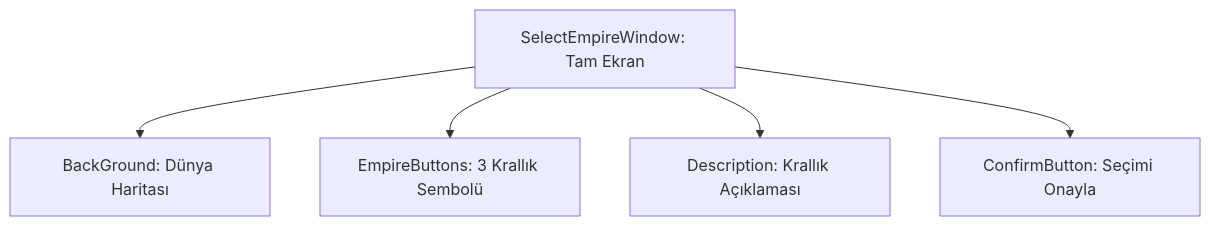
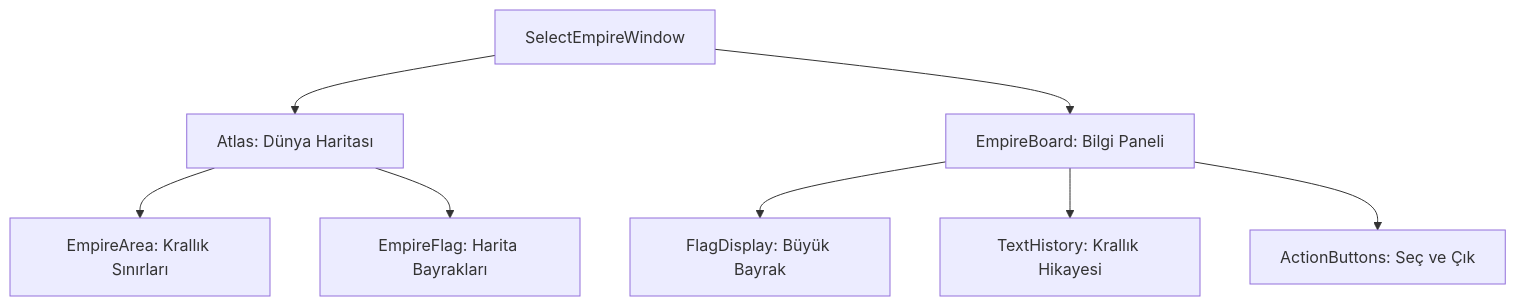
The diagram in uiscript/selectempirewindow/skills.md (Engin622/Metin2-Pack-Agent-Skills), drawn with Mermaid before and after one commit. The commit also changed other lines of this file and 7 other files, not shown here.

Commit message:
Documentation complete: All remaining UIScript files documented (SelectCharacter, SelectEmpire, SkillReset, SystemDialog, AdvancedHelp, IME, InputDialogs)

````diff
--- a/uiscript/selectempirewindow/skills.md
+++ b/uiscript/selectempirewindow/skills.md
@@ -34,7 +35,10 @@
 ```mermaid
 graph TD
-    A[SelectEmpireWindow: Tam Ekran] --> B[BackGround: Dünya Haritası]
-    A --> C[EmpireButtons: 3 Krallık Sembolü]
-    A --> D[Description: Krallık Açıklaması]
-    A --> E[ConfirmButton: Seçimi Onayla]
+    A[SelectEmpireWindow] --> B[Atlas: Dünya Haritası]
+    B --> B1[EmpireArea: Krallık Sınırları]
+    B --> B2[EmpireFlag: Harita Bayrakları]
+    A --> C[EmpireBoard: Bilgi Paneli]
+    C --> C1[FlagDisplay: Büyük Bayrak]
+    C --> C2[TextHistory: Krallık Hikayesi]
+    C --> C3[ActionButtons: Seç ve Çık]
 ```
````
